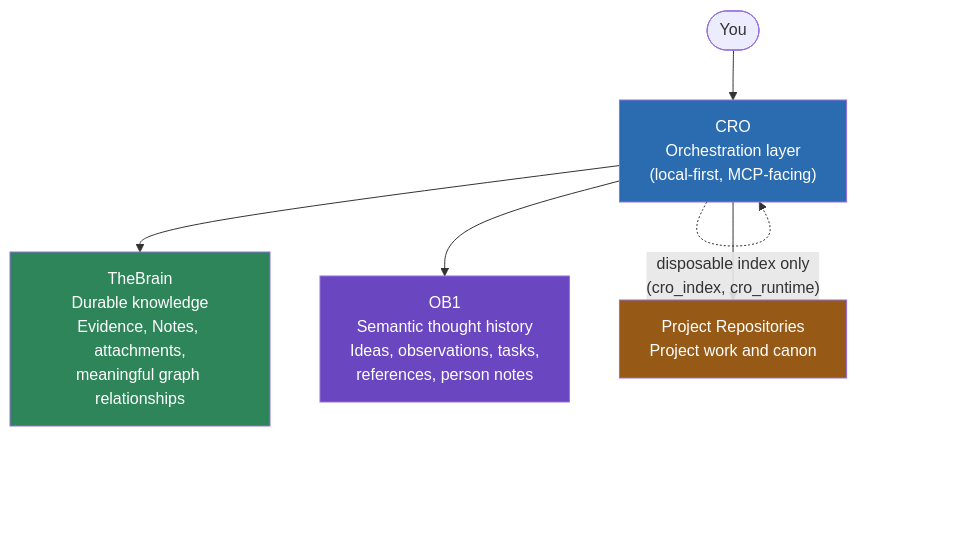
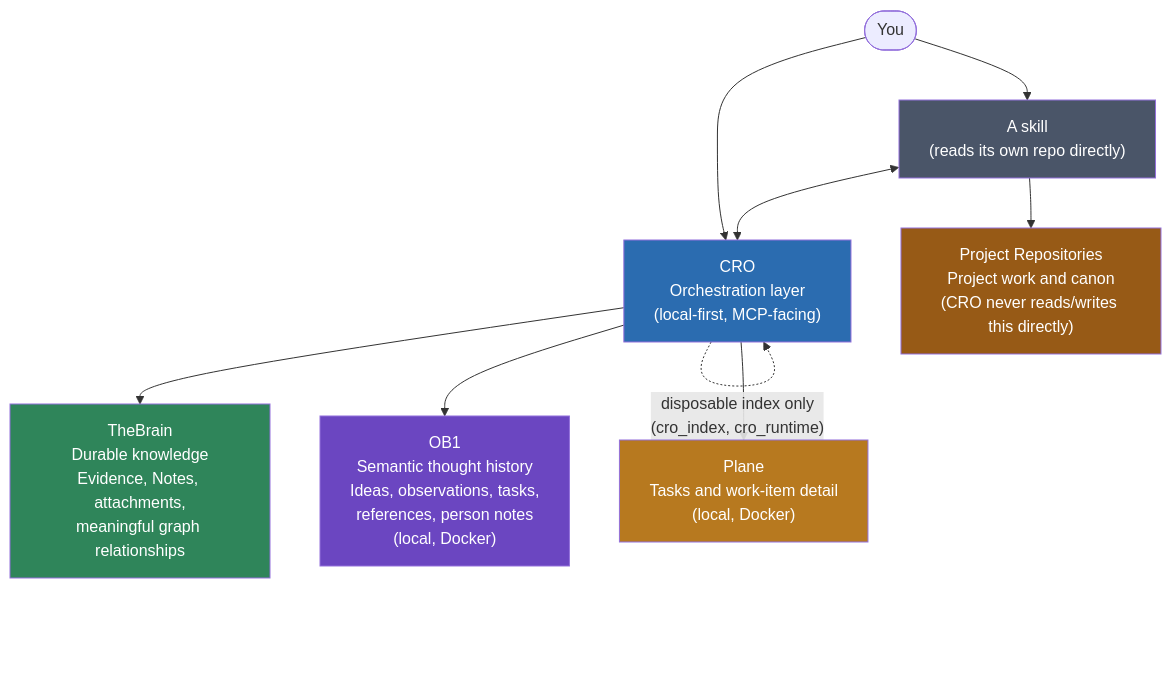
The diagram in docs/architecture/07-ownership-split.mmd (KeithBarrows/Cognitive-Research-Orchestrator), drawn with Mermaid before and after one commit. The commit also changed 20 other files, not shown here.

First line of the commit message:
📐 Enforce no-direct-repo-read rule across architecture docs; add dev overview

```diff
--- a/docs/architecture/07-ownership-split.mmd
+++ b/docs/architecture/07-ownership-split.mmd
@@ -1,13 +1,18 @@
 flowchart TB
     User(["You"]) --> CRO["CRO<br/>Orchestration layer<br/>(local-first, MCP-facing)"]
+    User --> SKILL["A skill<br/>(reads its own repo directly)"]
+    SKILL <--> CRO
 
     CRO --> TB["TheBrain<br/>Durable knowledge<br/>Evidence, Notes, attachments,<br/>meaningful graph relationships"]
-    CRO --> OB1["OB1<br/>Semantic thought history<br/>Ideas, observations, tasks,<br/>references, person notes"]
-    CRO --> REPO["Project Repositories<br/>Project work and canon"]
+    CRO --> OB1["OB1<br/>Semantic thought history<br/>Ideas, observations, tasks,<br/>references, person notes<br/>(local, Docker)"]
+    CRO --> PLANE["Plane<br/>Tasks and work-item detail<br/>(local, Docker)"]
+    SKILL --> REPO["Project Repositories<br/>Project work and canon<br/>(CRO never reads/writes this directly)"]
 
     CRO -. "disposable index only<br/>(cro_index, cro_runtime)" .-> CRO
 
     style CRO fill:#2b6cb0,color:#fff
     style TB fill:#2f855a,color:#fff
     style OB1 fill:#6b46c1,color:#fff
+    style PLANE fill:#b7791f,color:#fff
     style REPO fill:#975a16,color:#fff
+    style SKILL fill:#4a5568,color:#fff
```
